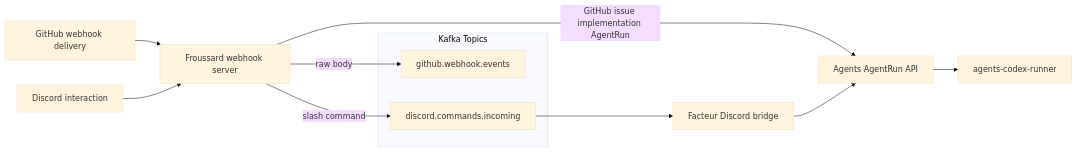
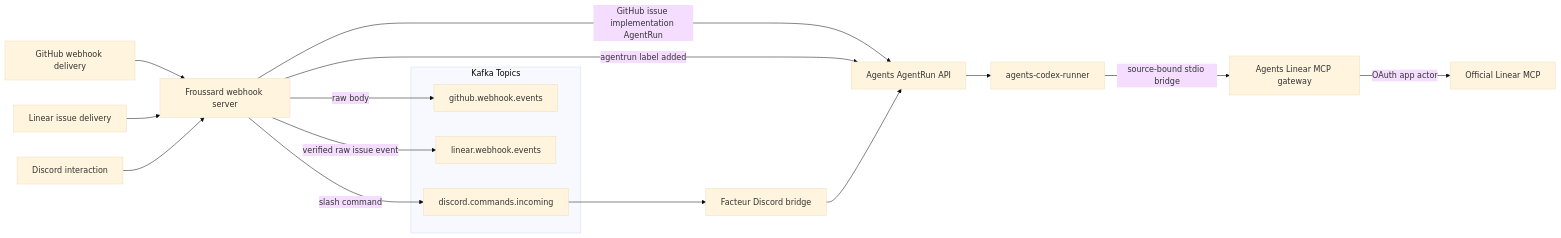
One commit to proompteng/lab changed the diagram in apps/froussard/README.md. Above: the diagram before and after it, drawn with Mermaid (base theme). The commit also changed other lines of this file and 110 other files, not shown here.

Commit message:
feat(agents): add Linear intake and source-bound MCP

````diff
--- a/apps/froussard/README.md
+++ b/apps/froussard/README.md
@@ -10,15 +11,21 @@
 ```mermaid
 flowchart LR
   GH[GitHub webhook delivery] --> Froussard[Froussard webhook server]
+  Linear[Linear issue delivery] --> Froussard
   Discord[Discord interaction] --> Froussard
   subgraph Kafka Topics
     Raw[github.webhook.events]
+    LinearRaw[linear.webhook.events]
     DiscordTopic[discord.commands.incoming]
   end
   Froussard -->|raw body| Raw
+  Froussard -->|verified raw issue event| LinearRaw
   Froussard -->|GitHub issue implementation AgentRun| Agents
+  Froussard -->|agentrun label added| Agents
   Froussard -->|slash command| DiscordTopic
   DiscordTopic --> Facteur[Facteur Discord bridge]
   Facteur --> Agents[Agents AgentRun API]
   Agents --> Runner[agents-codex-runner]
+  Runner -->|source-bound stdio bridge| LinearGateway[Agents Linear MCP gateway]
+  LinearGateway -->|OAuth app actor| LinearMcp[Official Linear MCP]
 ```
````
